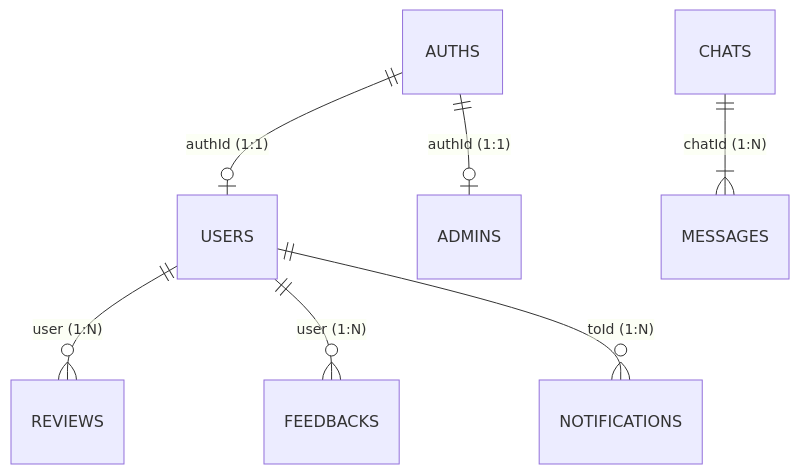
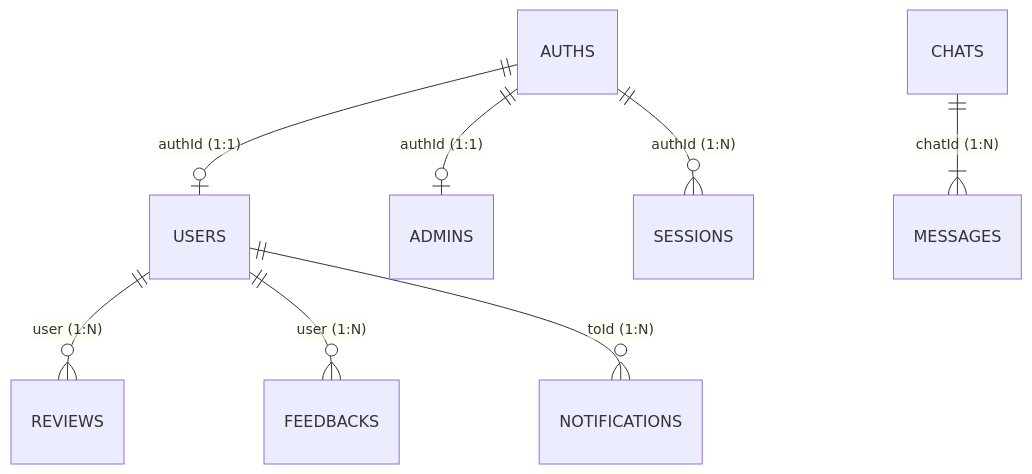
Before and after one commit to SHAxSOURAV/start: the diagram in docs/DATABASE_SCHEMA.md, drawn with Mermaid. The commit also changed other lines of this file and 19 other files, not shown here.

````diff
--- a/docs/DATABASE_SCHEMA.md
+++ b/docs/DATABASE_SCHEMA.md
@@ -24,9 +24,10 @@
 ```mermaid
 erDiagram
     AUTHS ||--o| USERS : "authId (1:1)"
     AUTHS ||--o| ADMINS : "authId (1:1)"
+    AUTHS ||--o{ SESSIONS : "authId (1:N)"
     CHATS ||--|{ MESSAGES : "chatId (1:N)"
     USERS ||--o{ REVIEWS : "user (1:N)"
     USERS ||--o{ FEEDBACKS : "user (1:N)"
     USERS ||--o{ NOTIFICATIONS : "toId (1:N)"
 ```
````
